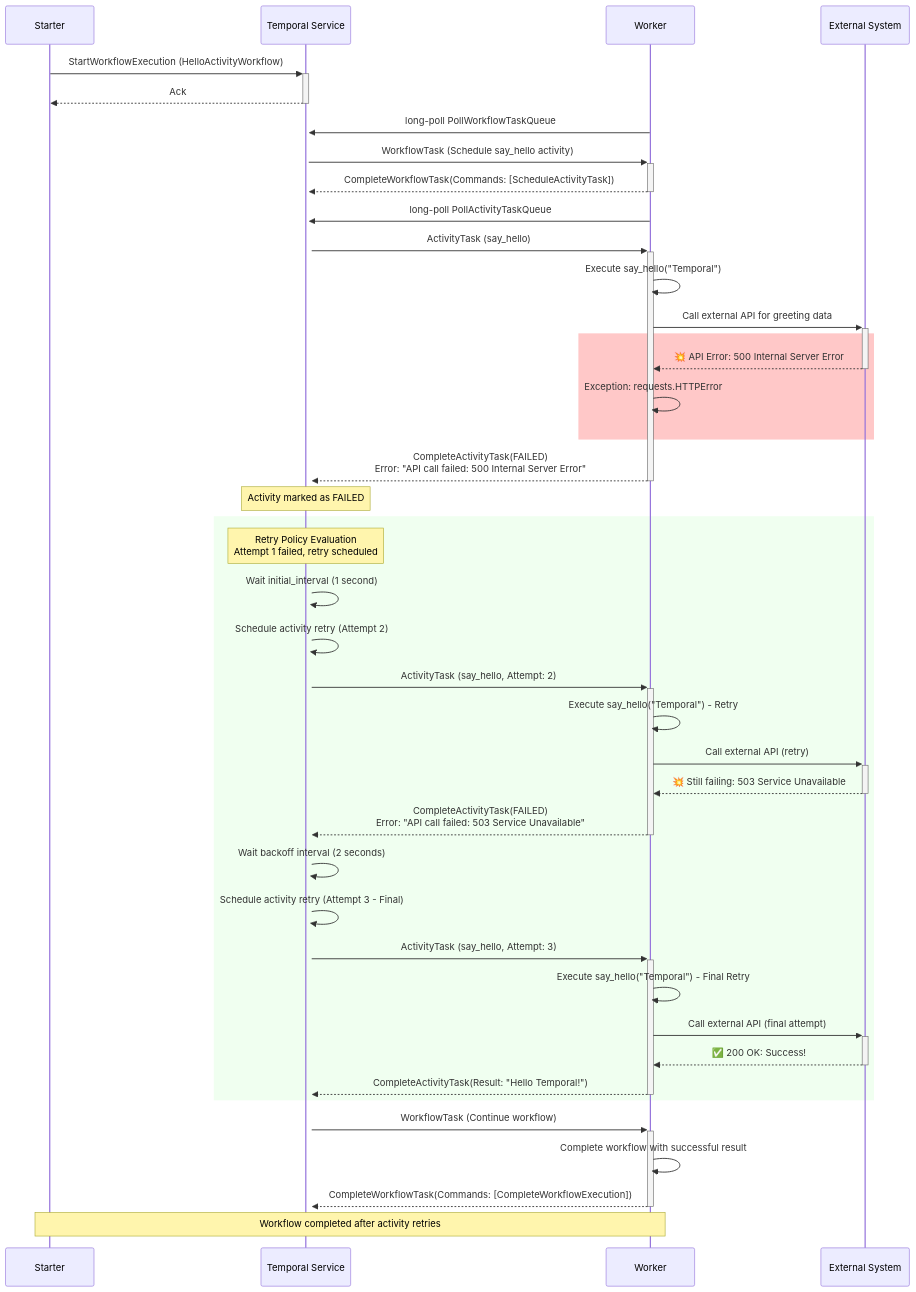
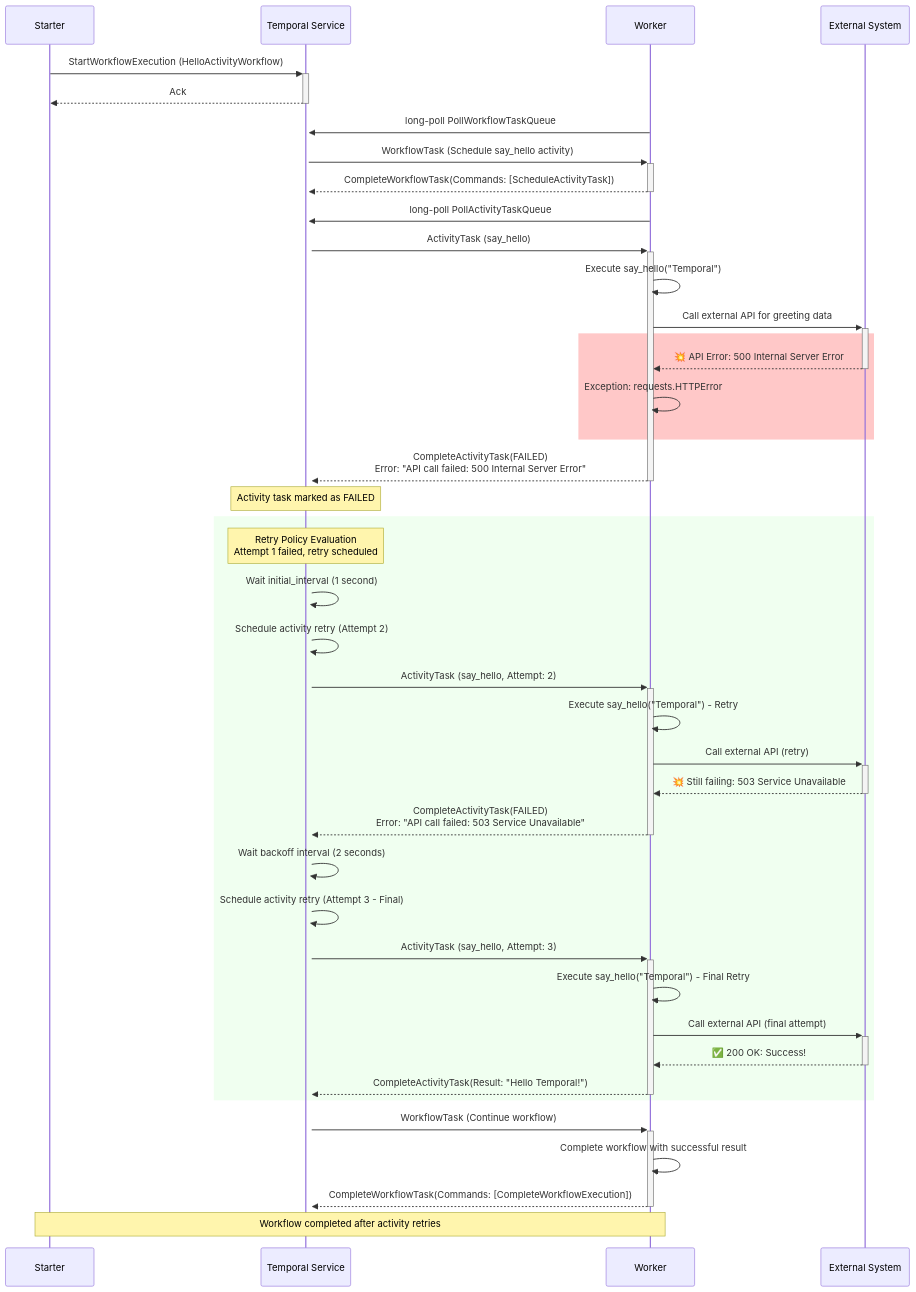
One commit to mfateev/musings changed the third of 4 diagrams in hello-activity/activity-failure-scenarios.md. Above: the diagram before and after it, drawn with Mermaid. The commit also changed other lines of this file and 3 other files, not shown here.

````diff
--- a/hello-activity/activity-failure-scenarios.md
+++ b/hello-activity/activity-failure-scenarios.md
@@ -200,57 +191,57 @@
 ```mermaid
 sequenceDiagram
     participant S as Starter
     participant TS as Temporal Service
     participant W as Worker
     participant EXT as External System
     
     S->>+TS: StartWorkflowExecution (HelloActivityWorkflow)
     TS-->>-S: Ack
     
     W->>+TS: long-poll PollWorkflowTaskQueue
     TS->>+W: WorkflowTask (Schedule say_hello activity)
     W-->>-TS: CompleteWorkflowTask(Commands: [ScheduleActivityTask])
     
     W->>+TS: long-poll PollActivityTaskQueue
     TS->>+W: ActivityTask (say_hello)
     
     W->>W: Execute say_hello("Temporal")
     W->>+EXT: Call external API for greeting data
     
     rect rgb(255, 200, 200)
         EXT-->>-W: 💥 API Error: 500 Internal Server Error
         W->>W: Exception: requests.HTTPError
     end
     
     W-->>-TS: CompleteActivityTask(FAILED)<br/>Error: "API call failed: 500 Internal Server Error"
     
-    Note over TS: Activity marked as FAILED
+    Note over TS: Activity task marked as FAILED
     
     rect rgb(240, 255, 240)
         Note over TS: Retry Policy Evaluation<br/>Attempt 1 failed, retry scheduled
         
         TS->>TS: Wait initial_interval (1 second)
         TS->>TS: Schedule activity retry (Attempt 2)
         
         TS->>+W: ActivityTask (say_hello, Attempt: 2)
         W->>W: Execute say_hello("Temporal") - Retry
         W->>+EXT: Call external API (retry)
         EXT-->>-W: 💥 Still failing: 503 Service Unavailable
         W-->>-TS: CompleteActivityTask(FAILED)<br/>Error: "API call failed: 503 Service Unavailable"
         
         TS->>TS: Wait backoff interval (2 seconds)
         TS->>TS: Schedule activity retry (Attempt 3 - Final)
         
         TS->>+W: ActivityTask (say_hello, Attempt: 3)
         W->>W: Execute say_hello("Temporal") - Final Retry
         W->>+EXT: Call external API (final attempt)
         EXT-->>-W: ✅ 200 OK: Success!
         W-->>-TS: CompleteActivityTask(Result: "Hello Temporal!")
     end
     
     TS->>+W: WorkflowTask (Continue workflow)
     W->>W: Complete workflow with successful result
     W-->>-TS: CompleteWorkflowTask(Commands: [CompleteWorkflowExecution])
     
     Note over S,W: Workflow completed after activity retries
 ```
````
